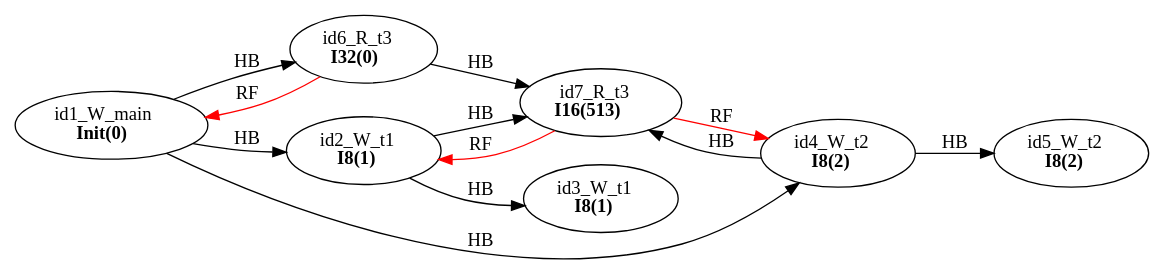
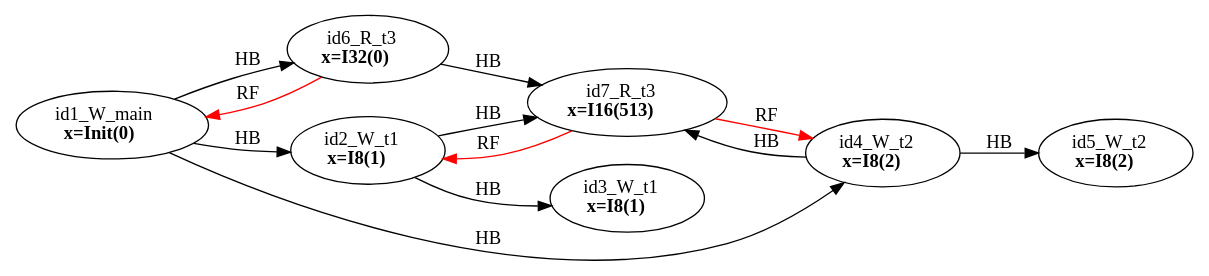
One commit to FMJS/EMME changed the diagram in examples/single_var/sv_simple14/mm15.dot. Above: the diagram before and after it, drawn with Graphviz. The commit also changed 257 other files, not shown here.

```diff
--- a/examples/single_var/sv_simple14/mm15.dot
+++ b/examples/single_var/sv_simple14/mm15.dot
@@ -1,22 +1,22 @@
 digraph memory_model {
 rankdir=LR;
 splines=true; esep=0.5;
 id2_W_t1 -> id3_W_t1 [label = "HB", color="black"];
 id4_W_t2 -> id5_W_t2 [label = "HB", color="black"];
 id6_R_t3 -> id7_R_t3 [label = "HB", color="black"];
 id1_W_main -> id2_W_t1 [label = "HB", color="black"];
 id1_W_main -> id4_W_t2 [label = "HB", color="black"];
 id1_W_main -> id6_R_t3 [label = "HB", color="black"];
 id2_W_t1 -> id7_R_t3 [label = "HB", color="black"];
 id4_W_t2 -> id7_R_t3 [label = "HB", color="black"];
 id6_R_t3 -> id1_W_main [label = "RF", color="red"];
 id7_R_t3 -> id2_W_t1 [label = "RF", color="red"];
 id7_R_t3 -> id4_W_t2 [label = "RF", color="red"];
-id1_W_main [label=<id1_W_main<br/><B>Init(0)</B>>, pos="5.0,4!"]
-id2_W_t1 [label=<id2_W_t1<br/><B>I8(1)</B>>, pos="0,2!"]
-id3_W_t1 [label=<id3_W_t1<br/><B>I8(1)</B>>, pos="0,0!"]
-id4_W_t2 [label=<id4_W_t2<br/><B>I8(2)</B>>, pos="5,2!"]
-id5_W_t2 [label=<id5_W_t2<br/><B>I8(2)</B>>, pos="5,0!"]
-id6_R_t3 [label=<id6_R_t3<br/><B>I32(0)</B>>, pos="10,2!"]
-id7_R_t3 [label=<id7_R_t3<br/><B>I16(513)</B>>, pos="10,0!"]
+id1_W_main [label=<id1_W_main<br/><B>x=Init(0)</B>>, pos="5.0,4!"]
+id2_W_t1 [label=<id2_W_t1<br/><B>x=I8(1)</B>>, pos="0,2!"]
+id3_W_t1 [label=<id3_W_t1<br/><B>x=I8(1)</B>>, pos="0,0!"]
+id4_W_t2 [label=<id4_W_t2<br/><B>x=I8(2)</B>>, pos="5,2!"]
+id5_W_t2 [label=<id5_W_t2<br/><B>x=I8(2)</B>>, pos="5,0!"]
+id6_R_t3 [label=<id6_R_t3<br/><B>x=I32(0)</B>>, pos="10,2!"]
+id7_R_t3 [label=<id7_R_t3<br/><B>x=I16(513)</B>>, pos="10,0!"]
 }
```
